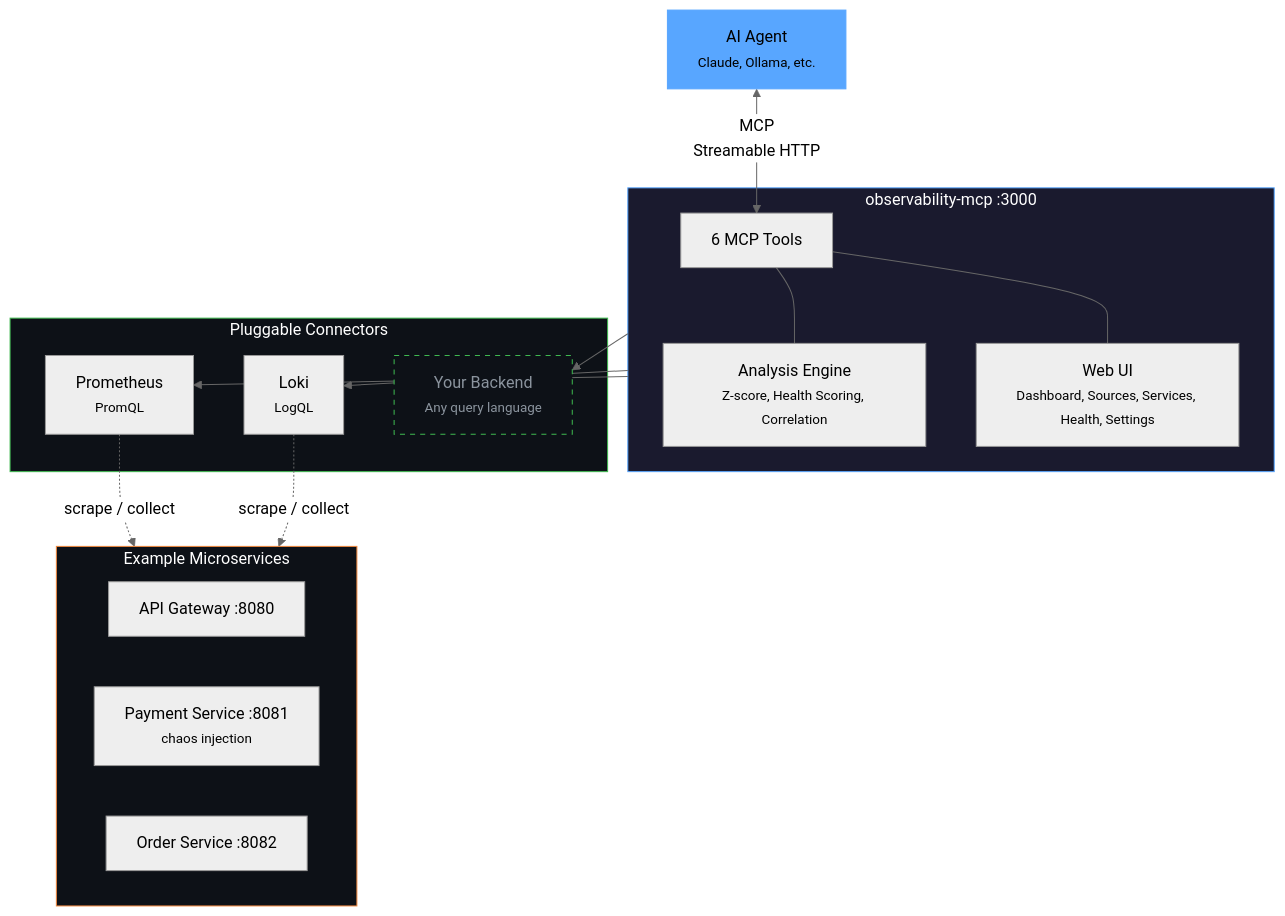
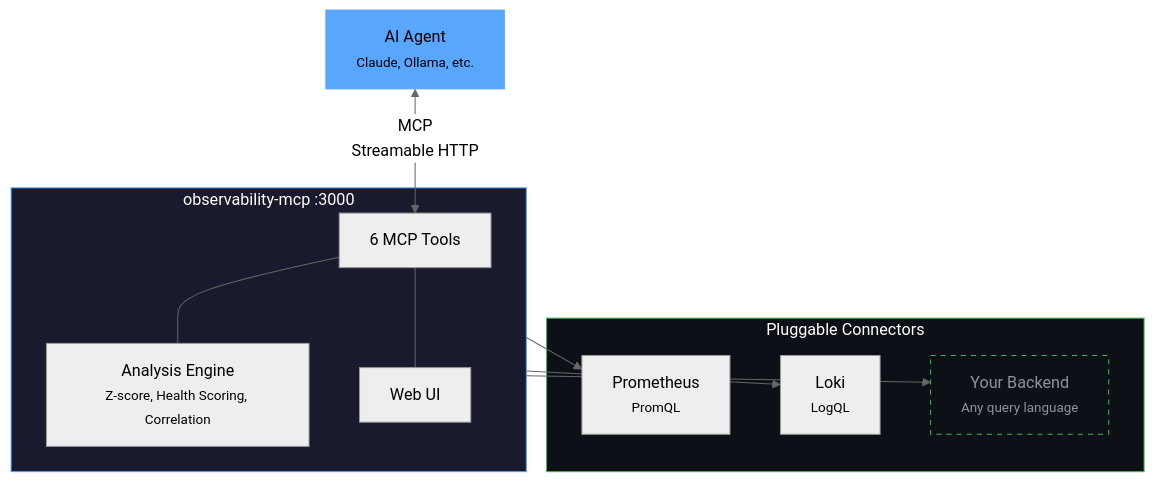
The diagram in README.md (ThoTischner/observability-mcp), drawn with Mermaid (neutral theme) before and after one commit. The commit also changed other lines of this file and 8 other files, not shown here.

````diff
--- a/README.md
+++ b/README.md
@@ -52,34 +52,26 @@
 ```mermaid
 graph TB
     Agent["AI Agent<br/><small>Claude, Ollama, etc.</small>"]
 
     subgraph MCP ["observability-mcp :3000"]
         Tools["6 MCP Tools"]
         Analysis["Analysis Engine<br/><small>Z-score, Health Scoring, Correlation</small>"]
-        UI["Web UI<br/><small>Dashboard, Sources, Services, Health, Settings</small>"]
+        UI["Web UI"]
     end
 
     subgraph Connectors ["Pluggable Connectors"]
         Prom["Prometheus<br/><small>PromQL</small>"]
         Loki["Loki<br/><small>LogQL</small>"]
         Next["Your Backend<br/><small>Any query language</small>"]
     end
 
-    subgraph Services ["Example Microservices"]
-        GW["API Gateway :8080"]
-        Pay["Payment Service :8081<br/><small>chaos injection</small>"]
-        Ord["Order Service :8082"]
-    end
-
     Agent <-->|"MCP<br/>Streamable HTTP"| Tools
     Tools --- Analysis
     Tools --- UI
     MCP --> Prom & Loki & Next
-    Prom & Loki -.->|scrape / collect| Services
 
     style MCP fill:#1a1a2e,stroke:#58a6ff,color:#fff
     style Connectors fill:#0d1117,stroke:#3fb950,color:#fff
-    style Services fill:#0d1117,stroke:#f0883e,color:#fff
     style Agent fill:#58a6ff,stroke:#58a6ff,color:#000
     style Next fill:#0d1117,stroke:#3fb950,color:#8b949e,stroke-dasharray: 5 5
 ```
````
